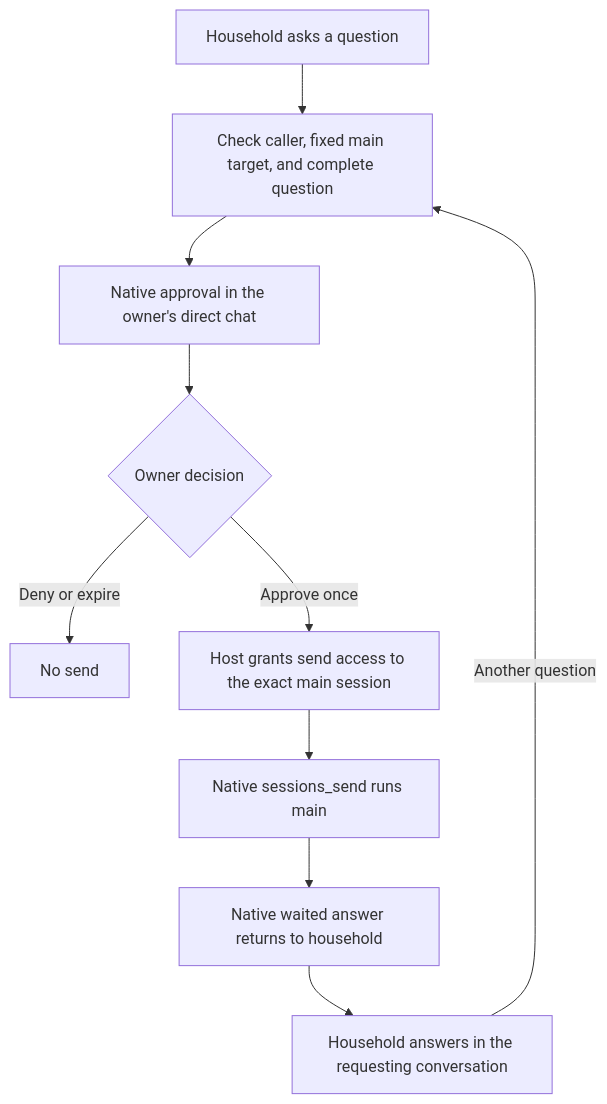
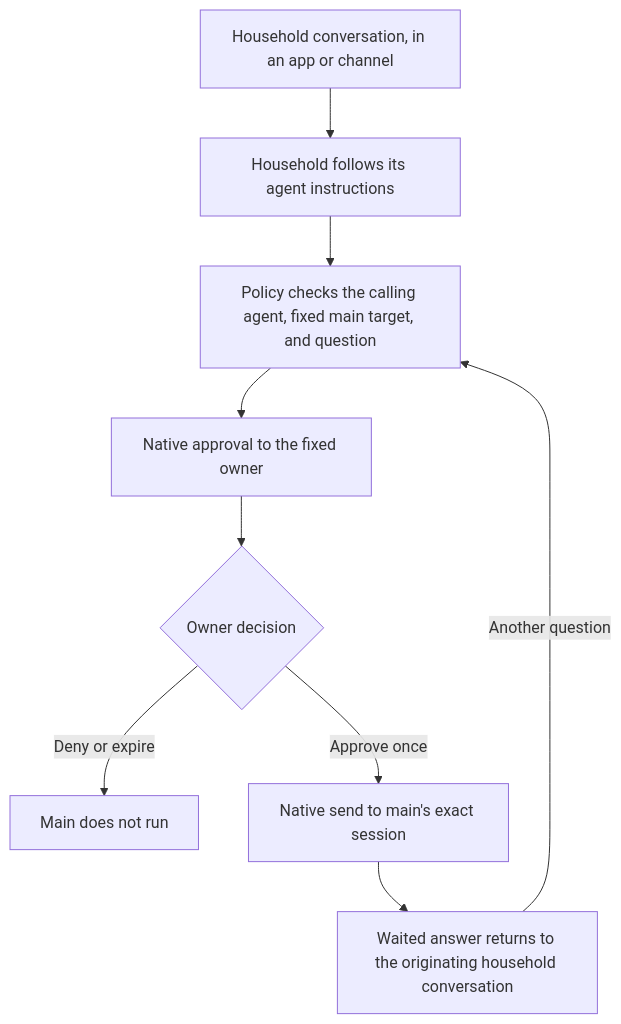
One commit to coletaylor788/puddles changed the diagram in docs/plans/household-native-approvals.md. Above: the diagram before and after it, drawn with Mermaid. The commit also changed other lines of this file and 9 other files, not shown here.

Commit message:
fix: approve household questions by calling agent

````diff
--- a/docs/plans/household-native-approvals.md
+++ b/docs/plans/household-native-approvals.md
@@ -16,12 +16,11 @@
 ```mermaid
 flowchart TD
-    Household["Household asks a question"] --> Policy["Check caller, fixed main target, and complete question"]
-    Policy --> Approval["Native approval in the owner's direct chat"]
+    Conversation["Household conversation, in an app or channel"] --> Household["Household follows its agent instructions"]
+    Household --> Policy["Policy checks the calling agent, fixed main target, and question"]
+    Policy --> Approval["Native approval to the fixed owner"]
     Approval --> Decision{"Owner decision"}
-    Decision -->|"Deny or expire"| Stop["No send"]
-    Decision -->|"Approve once"| Grant["Host grants send access to the exact main session"]
-    Grant --> Main["Native sessions_send runs main"]
-    Main --> Result["Native waited answer returns to household"]
-    Result --> Human["Household answers in the requesting conversation"]
-    Human -->|"Another question"| Policy
+    Decision -->|Deny or expire| Stop["Main does not run"]
+    Decision -->|Approve once| Main["Native send to main's exact session"]
+    Main --> Answer["Waited answer returns to the originating household conversation"]
+    Answer -->|Another question| Policy
 ```
````
